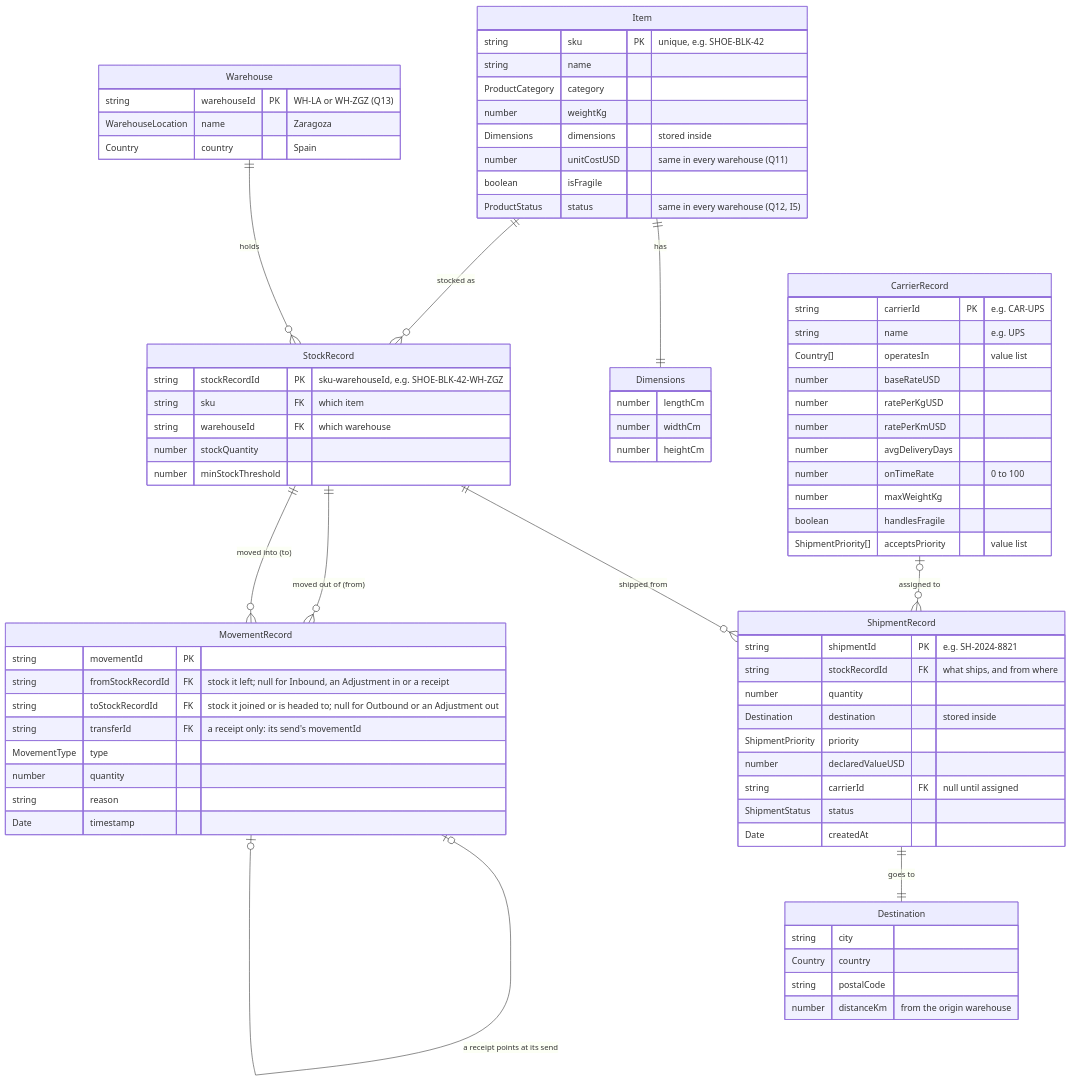
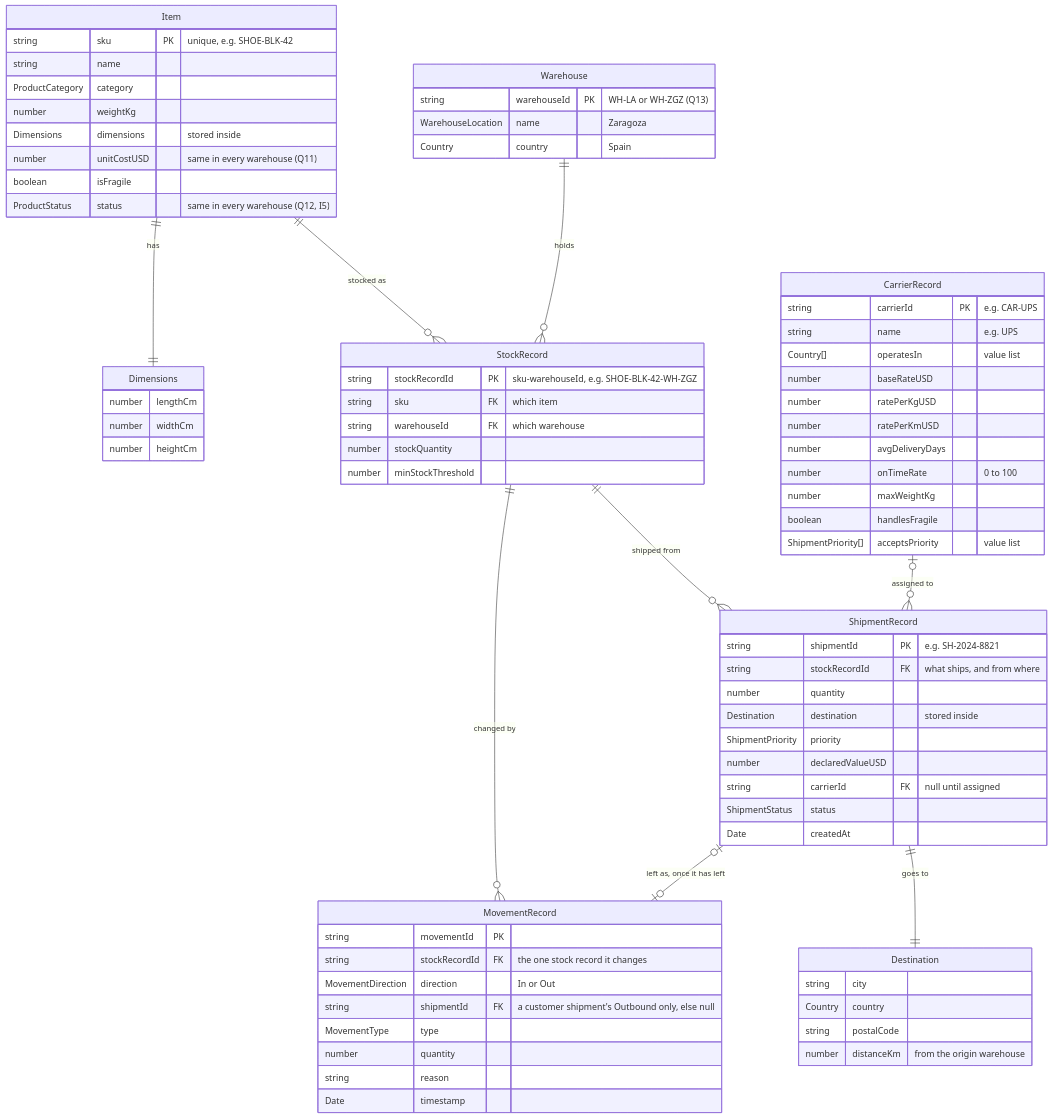
The diagram in packages/warehouse-logic/docs/erd.md (Sun-flow/TrackFlow-Company-Overhaul), drawn with Mermaid before and after one commit. The commit also changed other lines of this file and 8 other files, not shown here.

First line of the commit message:
Store a movement as one warehouse's record of a change to its own stock, as mae chose for Q19, so WP1 builds on a settled model.

````diff
--- a/packages/warehouse-logic/docs/erd.md
+++ b/packages/warehouse-logic/docs/erd.md
@@ -10,80 +10,79 @@
 ```mermaid
 erDiagram
     Item {
         string sku PK "unique, e.g. SHOE-BLK-42"
         string name
         ProductCategory category
         number weightKg
         Dimensions dimensions "stored inside"
         number unitCostUSD "same in every warehouse (Q11)"
         boolean isFragile
         ProductStatus status "same in every warehouse (Q12, I5)"
     }
     Dimensions {
         number lengthCm
         number widthCm
         number heightCm
     }
     Warehouse {
         string warehouseId PK "WH-LA or WH-ZGZ (Q13)"
         WarehouseLocation name "Zaragoza"
         Country country "Spain"
     }
     StockRecord {
         string stockRecordId PK "sku-warehouseId, e.g. SHOE-BLK-42-WH-ZGZ"
         string sku FK "which item"
         string warehouseId FK "which warehouse"
         number stockQuantity
         number minStockThreshold
     }
     ShipmentRecord {
         string shipmentId PK "e.g. SH-2024-8821"
         string stockRecordId FK "what ships, and from where"
         number quantity
         Destination destination "stored inside"
         ShipmentPriority priority
         number declaredValueUSD
         string carrierId FK "null until assigned"
         ShipmentStatus status
         Date createdAt
     }
     Destination {
         string city
         Country country
         string postalCode
         number distanceKm "from the origin warehouse"
     }
     MovementRecord {
         string movementId PK
-        string fromStockRecordId FK "stock it left; null for Inbound, an Adjustment in or a receipt"
-        string toStockRecordId FK "stock it joined or is headed to; null for Outbound or an Adjustment out"
-        string transferId FK "a receipt only: its send's movementId"
+        string stockRecordId FK "the one stock record it changes"
+        MovementDirection direction "In or Out"
+        string shipmentId FK "a customer shipment's Outbound only, else null"
         MovementType type
         number quantity
         string reason
         Date timestamp
     }
     CarrierRecord {
         string carrierId PK "e.g. CAR-UPS"
         string name "e.g. UPS"
         Country[] operatesIn "value list"
         number baseRateUSD
         number ratePerKgUSD
         number ratePerKmUSD
         number avgDeliveryDays
         number onTimeRate "0 to 100"
         number maxWeightKg
         boolean handlesFragile
         ShipmentPriority[] acceptsPriority "value list"
     }
 
     Item ||--|| Dimensions : "has"
     Item ||--o{ StockRecord : "stocked as"
     Warehouse ||--o{ StockRecord : "holds"
     StockRecord ||--o{ ShipmentRecord : "shipped from"
-    StockRecord ||--o{ MovementRecord : "moved out of (from)"
-    StockRecord ||--o{ MovementRecord : "moved into (to)"
-    MovementRecord |o--o| MovementRecord : "a receipt points at its send"
+    StockRecord ||--o{ MovementRecord : "changed by"
+    ShipmentRecord |o--o| MovementRecord : "left as, once it has left"
     CarrierRecord |o--o{ ShipmentRecord : "assigned to"
     ShipmentRecord ||--|| Destination : "goes to"
 ```
````
